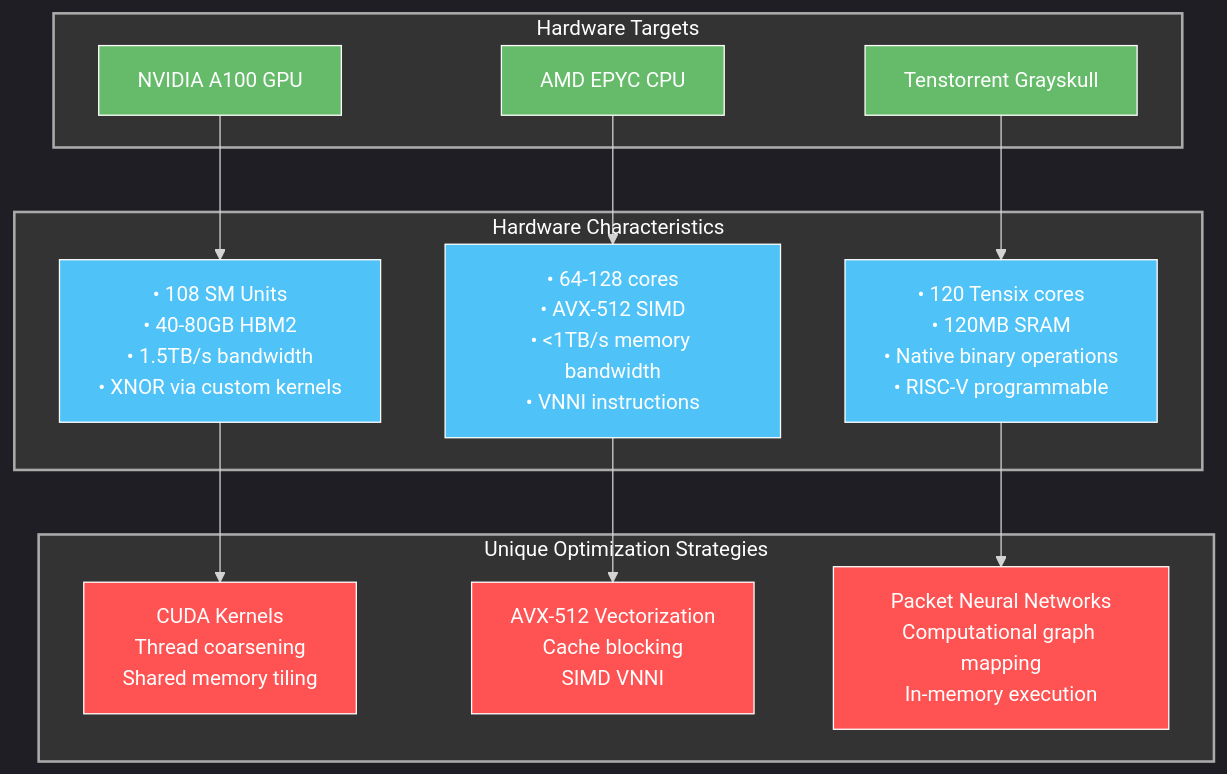
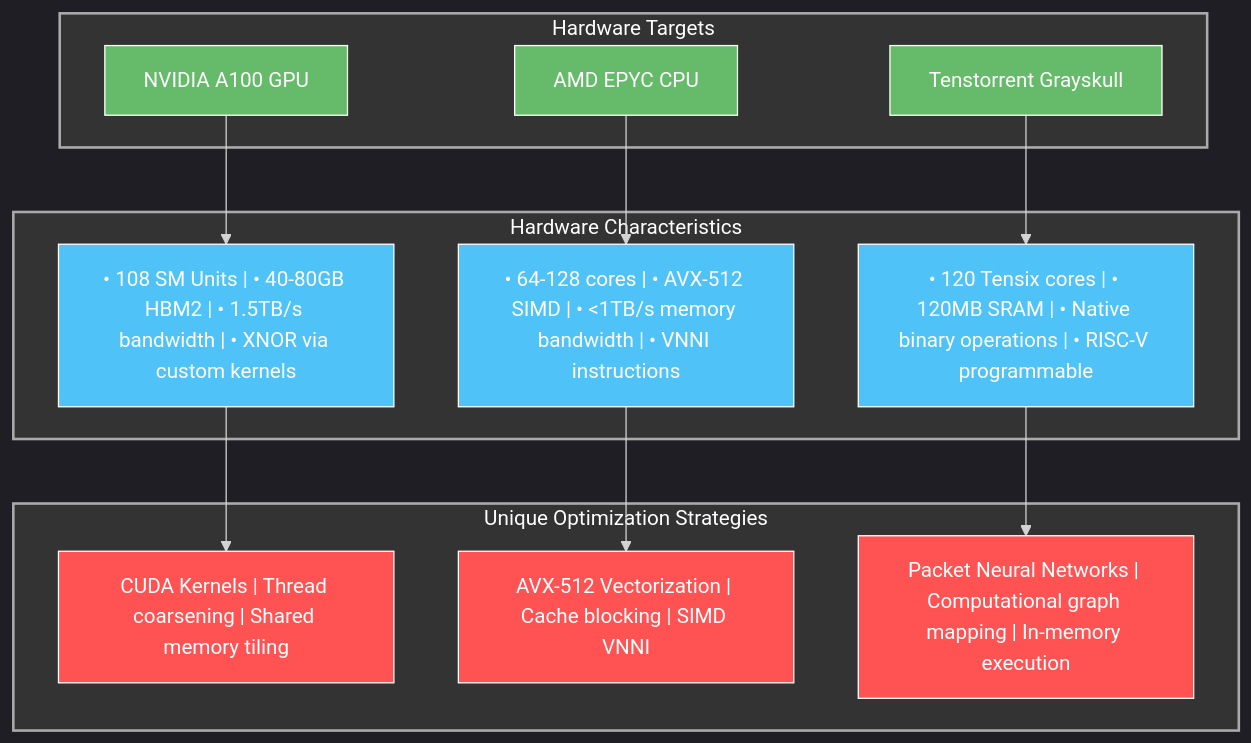
The fifth of 6 diagrams in 06 SpeakEZs Olivier and Prospero.md (houstonhaynes/AD4SDocs), drawn with Mermaid before and after one commit. The commit also changed other lines of this file and 4 other files, not shown here.

Commit message:
Fix mermaid diagrams

````diff
--- a/06 SpeakEZs Olivier and Prospero.md
+++ b/06 SpeakEZs Olivier and Prospero.md
@@ -569,42 +569,42 @@
 ```mermaid
 %%{init: {'theme': 'dark', 'themeVariables': { 'primaryColor': '#242424', 'primaryTextColor': '#fff', 'primaryBorderColor': '#888', 'lineColor': '#d3d3d3', 'secondaryColor': '#2b2b2b', 'tertiaryColor': '#333' }}}%%
 graph TD
     subgraph Targets["Hardware Targets"]
         NVIDIA["NVIDIA A100 GPU"]
         CPU["AMD EPYC CPU"]
         Tenstorrent["Tenstorrent Grayskull"]
     end
     
     subgraph Characteristics["Hardware Characteristics"]
-        NVIDIA_C["• 108 SM Units\n• 40-80GB HBM2\n• 1.5TB/s bandwidth\n• XNOR via custom kernels"]
-        CPU_C["• 64-128 cores\n• AVX-512 SIMD\n• <1TB/s memory bandwidth\n• VNNI instructions"]
-        Tenstorrent_C["• 120 Tensix cores\n• 120MB SRAM\n• Native binary operations\n• RISC-V programmable"]
+        NVIDIA_C["• 108 SM Units | • 40-80GB HBM2 | • 1.5TB/s bandwidth | • XNOR via custom kernels"]
+        CPU_C["• 64-128 cores | • AVX-512 SIMD | • <1TB/s memory bandwidth | • VNNI instructions"]
+        Tenstorrent_C["• 120 Tensix cores | • 120MB SRAM | • Native binary operations | • RISC-V programmable"]
     end
     
     NVIDIA --> NVIDIA_C
     CPU --> CPU_C
     Tenstorrent --> Tenstorrent_C
     
     subgraph CodeGen["Unique Optimization Strategies"]
-        CUDA["CUDA Kernels\nThread coarsening\nShared memory tiling"]
-        AVX["AVX-512 Vectorization\nCache blocking\nSIMD VNNI"]
-        Tensix["Packet Neural Networks\nComputational graph mapping\nIn-memory execution"]
+        CUDA["CUDA Kernels | Thread coarsening | Shared memory tiling"]
+        AVX["AVX-512 Vectorization | Cache blocking | SIMD VNNI"]
+        Tensix["Packet Neural Networks | Computational graph mapping | In-memory execution"]
     end
     
     NVIDIA_C --> CUDA
     CPU_C --> AVX
     Tenstorrent_C --> Tensix
     
     style Targets fill:#333,stroke:#aaa,stroke-width:2px,color:#fff
     style Characteristics fill:#333,stroke:#aaa,stroke-width:2px,color:#fff
     style CodeGen fill:#333,stroke:#aaa,stroke-width:2px,color:#fff
     style NVIDIA fill:#66BB6A,stroke:#fff,stroke-width:1px,color:#fff
     style CPU fill:#66BB6A,stroke:#fff,stroke-width:1px,color:#fff
     style Tenstorrent fill:#66BB6A,stroke:#fff,stroke-width:1px,color:#fff
     style NVIDIA_C fill:#4FC3F7,stroke:#fff,stroke-width:1px,color:#fff
     style CPU_C fill:#4FC3F7,stroke:#fff,stroke-width:1px,color:#fff
     style Tenstorrent_C fill:#4FC3F7,stroke:#fff,stroke-width:1px,color:#fff
     style CUDA fill:#FF5252,stroke:#fff,stroke-width:1px,color:#fff
     style AVX fill:#FF5252,stroke:#fff,stroke-width:1px,color:#fff
     style Tensix fill:#FF5252,stroke:#fff,stroke-width:1px,color:#fff
 ```
````
